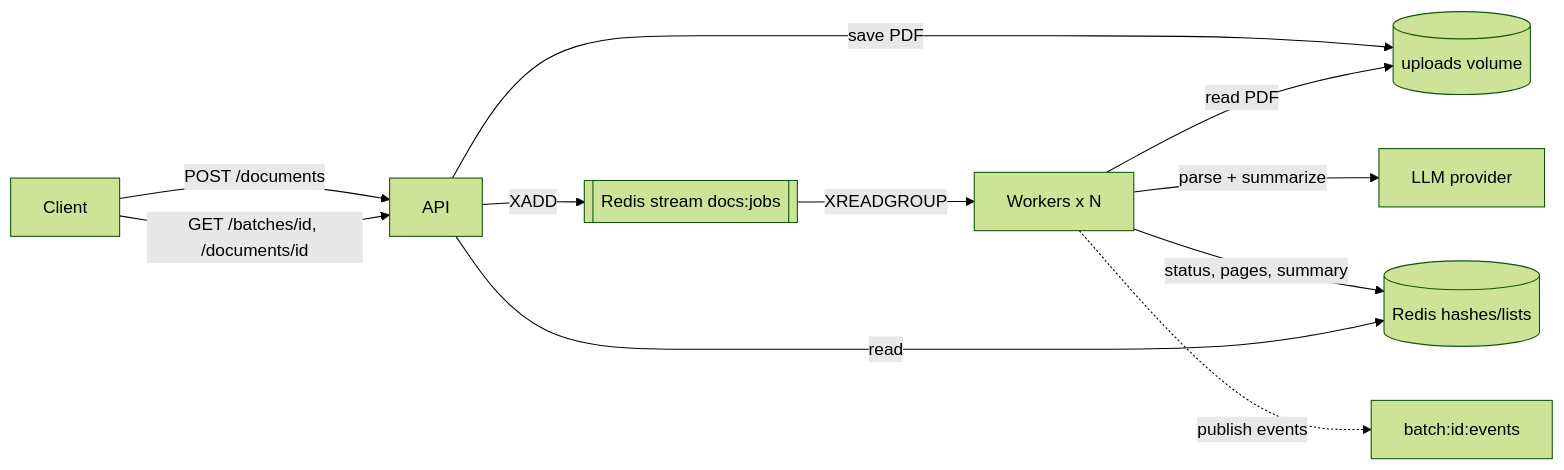
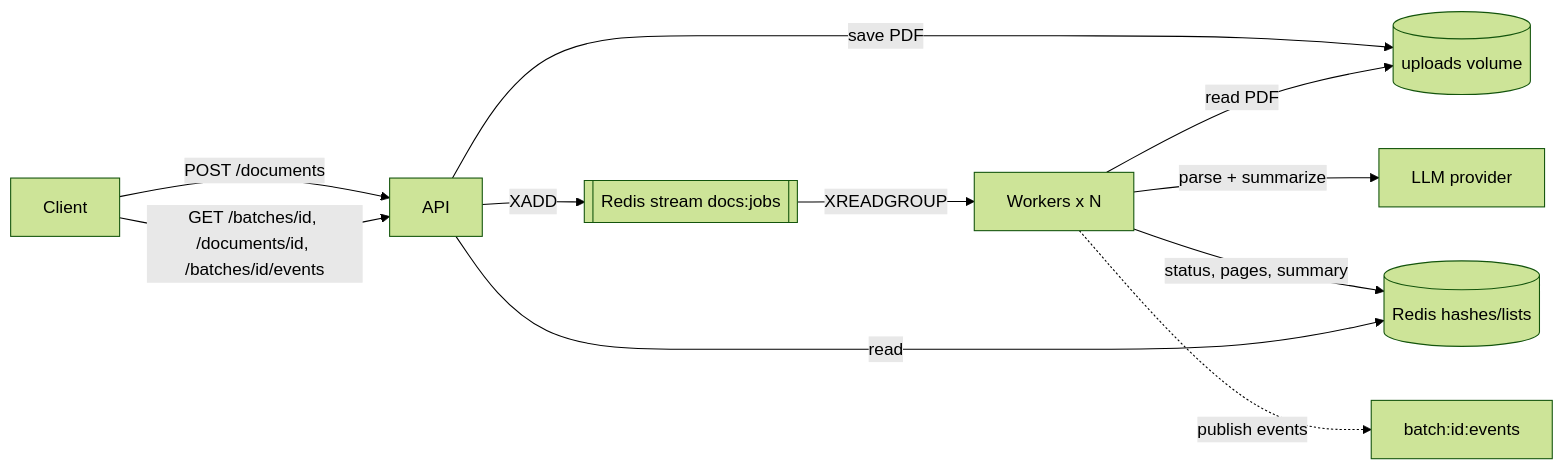
The diagram in README.md (yunusovbekir/async-ai-pdf-processing-service), drawn with Mermaid (forest theme) before and after one commit. The commit also changed other lines of this file and 7 other files, not shown here.

````diff
--- a/README.md
+++ b/README.md
@@ -7,13 +7,13 @@
 ```mermaid
 flowchart LR
     C[Client] -->|POST /documents| A[API]
     A -->|save PDF| V[(uploads volume)]
     A -->|XADD| S[[Redis stream docs:jobs]]
     S -->|XREADGROUP| W[Workers x N]
     W -->|read PDF| V
     W -->|parse + summarize| G[LLM provider]
     W -->|status, pages, summary| R[(Redis hashes/lists)]
     W -.->|publish events| P[batch:id:events]
-    C -->|GET /batches/id, /documents/id| A
+    C -->|GET /batches/id, /documents/id, /batches/id/events| A
     A -->|read| R
 ```
````
